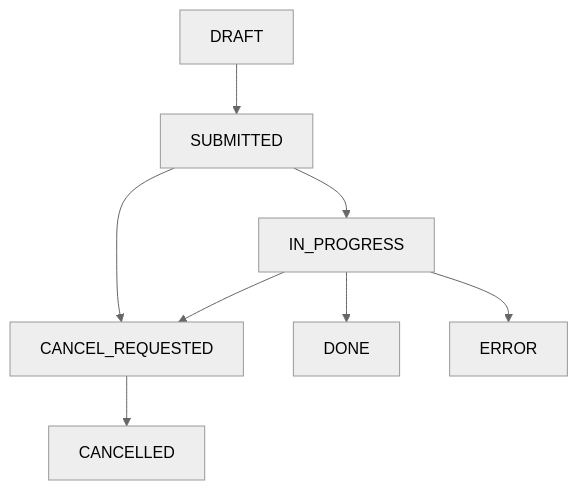
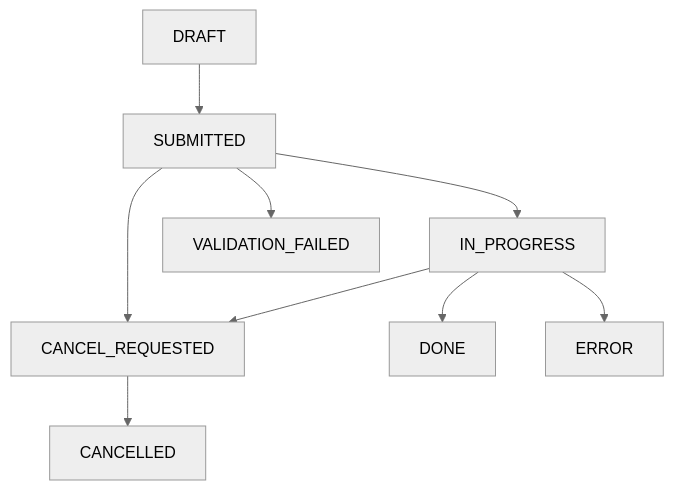
The first of 2 diagrams in ARCHITECTURE.md (oleksiy-sayankin/mdds), drawn with Mermaid (neutral theme) before and after one commit. The commit also changed other lines of this file, not shown here.

Commit message:
MDDS-330 Add job status `VALIDATION_FAILED` and sequence diagram to specification

````diff
--- a/ARCHITECTURE.md
+++ b/ARCHITECTURE.md
@@ -135,10 +147,11 @@
 ```mermaid
 graph TD;
     DRAFT-->SUBMITTED;
     SUBMITTED-->IN_PROGRESS;
+    SUBMITTED-->VALIDATION_FAILED;
     SUBMITTED-->CANCEL_REQUESTED;
     IN_PROGRESS-->DONE;
     IN_PROGRESS-->CANCEL_REQUESTED;
     CANCEL_REQUESTED-->CANCELLED
     IN_PROGRESS-->ERROR;
 ```
````
